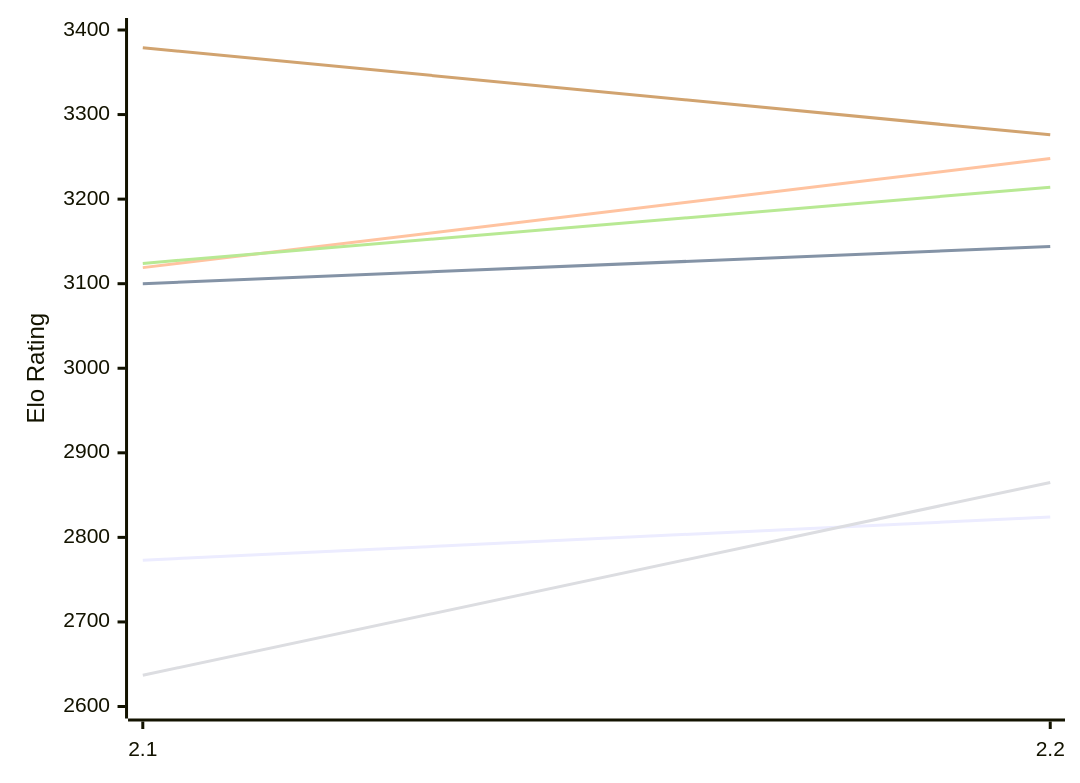
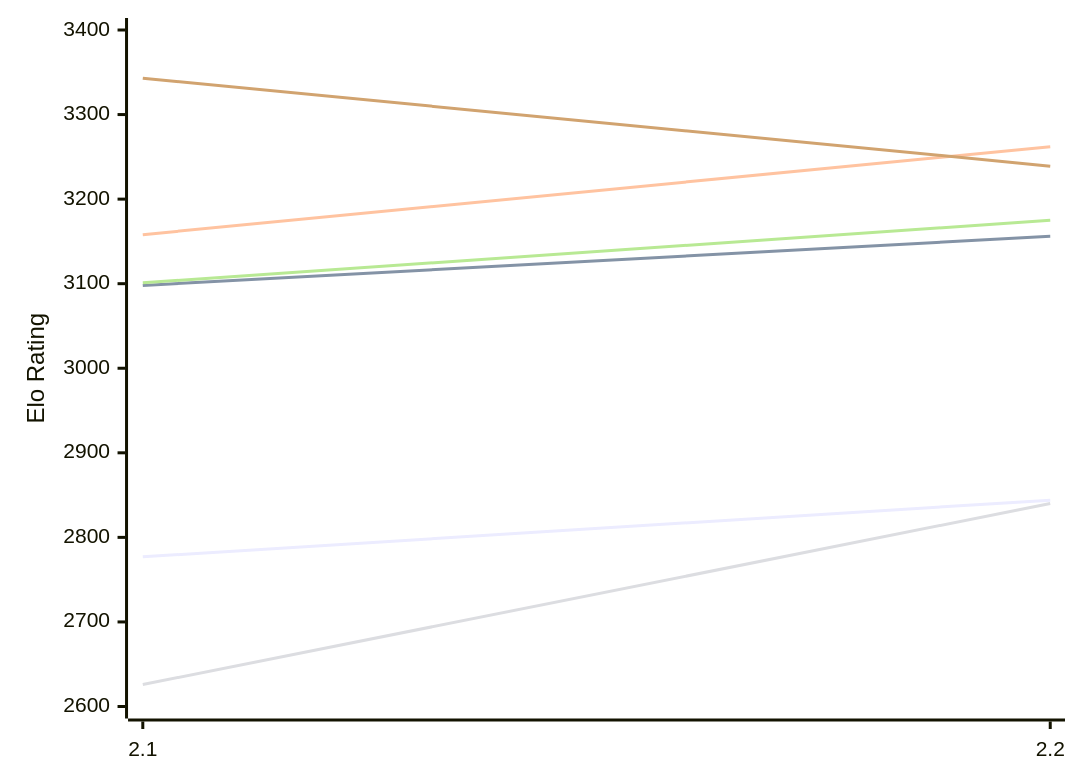
The first of 2 diagrams in engines/Tunguska.md (computer-chess-index/cci), drawn with Mermaid before and after one commit. The commit also changed other lines of this file, not shown here.

Commit message:
Update CCI Ratings (ELO VLTC) - 2026-11-14

````diff
--- a/engines/Tunguska.md
+++ b/engines/Tunguska.md
@@ -51,12 +51,12 @@
 ```mermaid
 %%{init: {"theme":"base","themeVariables":{"seriesColors:['#a3a3a3','#222221','#faa371']}}}%%
 xychart-beta
   x-axis ["2.1", "2.2"]
   y-axis "Elo Rating" 2600 --> 3400
-  line "E1: STC (8.0+0.08s)" [2773, 2824]
-  line "E1: LTC (60.0+0.60s)" [3100, 3144]
-  line "E1: VLTC (2m24s+1.12s)" [3119, 3248]
-  line "P1: STC (8.0+0.08s)" [2637, 2865]
-  line "P1: LTC (60.0+0.60s)" [3124, 3214]
-  line "P1: VLTC (2m24s+1.12s)" [3379, 3276]
+  line "E1: STC (8.0+0.08s)" [2777, 2844]
+  line "E1: LTC (60.0+0.60s)" [3098, 3156]
+  line "E1: VLTC (2m24s+1.12s)" [3158, 3262]
+  line "P1: STC (8.0+0.08s)" [2626, 2840]
+  line "P1: LTC (60.0+0.60s)" [3101, 3175]
+  line "P1: VLTC (2m24s+1.12s)" [3343, 3239]
 ```
````
